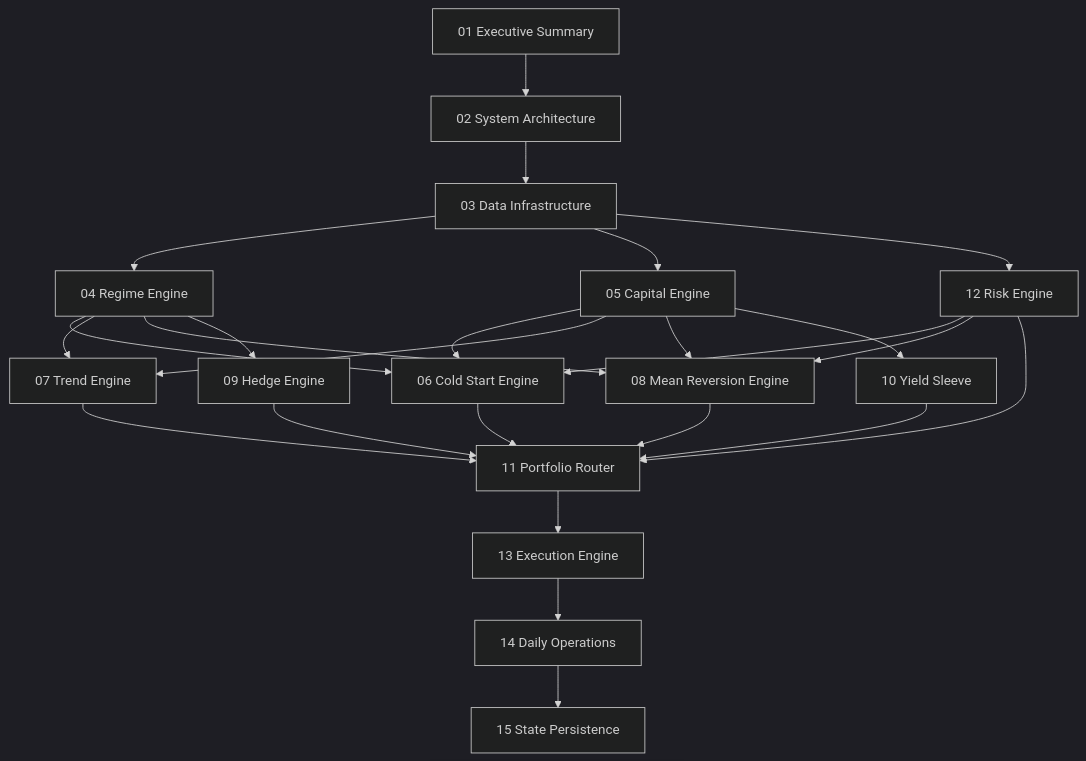
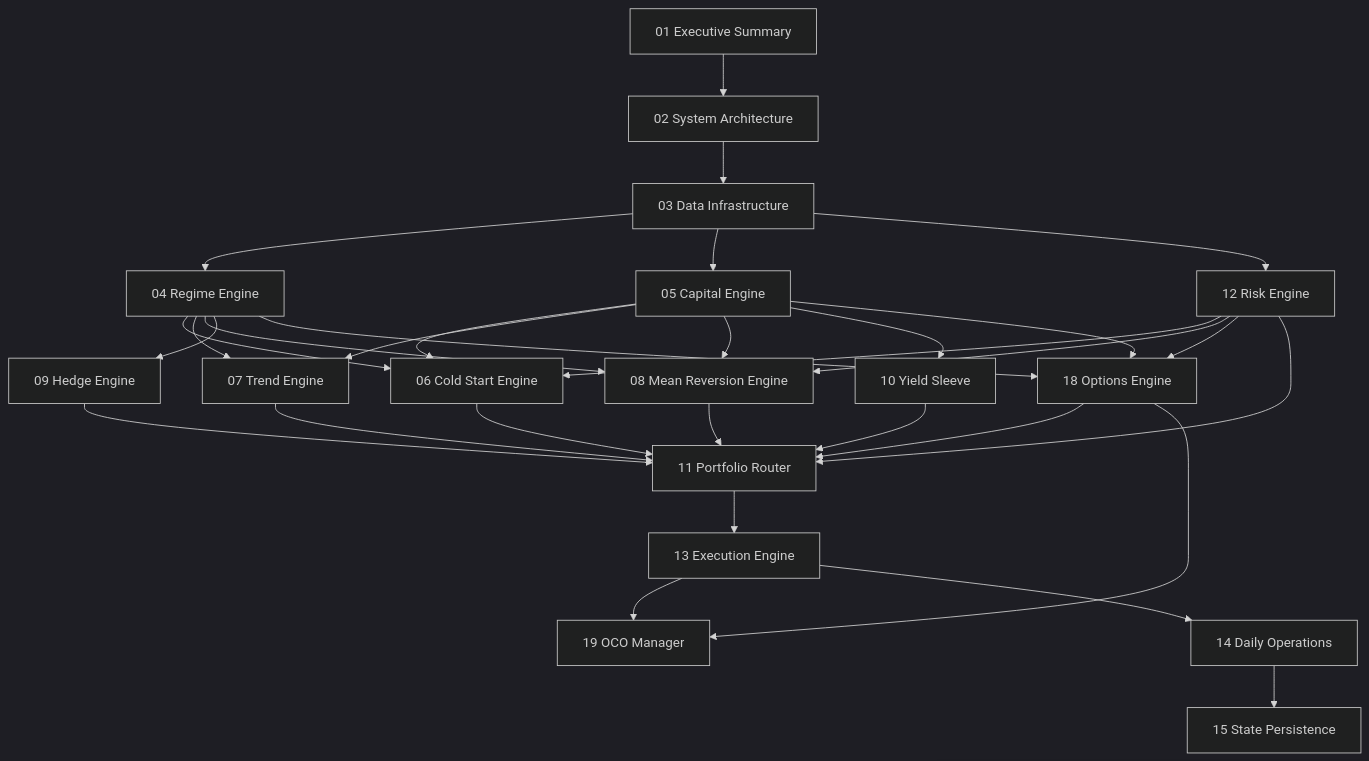
One commit to vickdavinci/alpha-nextgen-v2-private changed the diagram in docs/00-table-of-contents.md. Above: the diagram before and after it, drawn with Mermaid (dark theme). The commit also changed 5 other files, not shown here.

First line of the commit message:
docs: update architecture diagrams for V2.1 Core-Satellite

````diff
--- a/docs/00-table-of-contents.md
+++ b/docs/00-table-of-contents.md
@@ -89,34 +89,41 @@
 ```mermaid
 flowchart TB
     S01[01 Executive Summary] --> S02[02 System Architecture]
     S02 --> S03[03 Data Infrastructure]
-    
+
     S03 --> S04[04 Regime Engine]
     S03 --> S05[05 Capital Engine]
     S03 --> S12[12 Risk Engine]
-    
+
     S04 --> S06[06 Cold Start Engine]
     S04 --> S07[07 Trend Engine]
     S04 --> S08[08 Mean Reversion Engine]
     S04 --> S09[09 Hedge Engine]
-    
+    S04 --> S18[18 Options Engine]
+
     S05 --> S06
     S05 --> S07
     S05 --> S08
     S05 --> S10[10 Yield Sleeve]
-    
+    S05 --> S18
+
     S12 --> S06
     S12 --> S08
-    
+    S12 --> S18
+
     S06 --> S11[11 Portfolio Router]
     S07 --> S11
     S08 --> S11
     S09 --> S11
     S10 --> S11
-    
+    S18 --> S11
+
     S11 --> S13[13 Execution Engine]
     S12 --> S11
-    
+
+    S13 --> S19[19 OCO Manager]
+    S18 --> S19
+
     S13 --> S14[14 Daily Operations]
     S14 --> S15[15 State Persistence]
 ```
````
